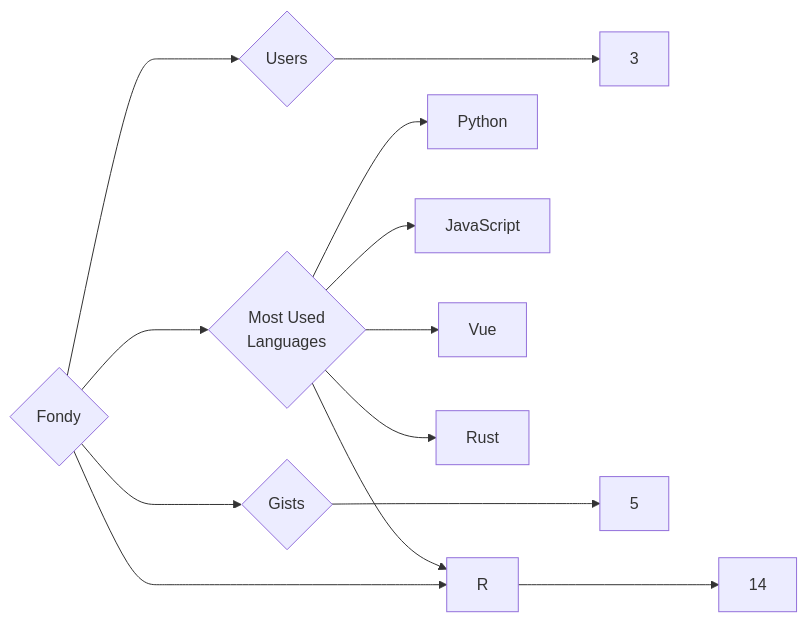
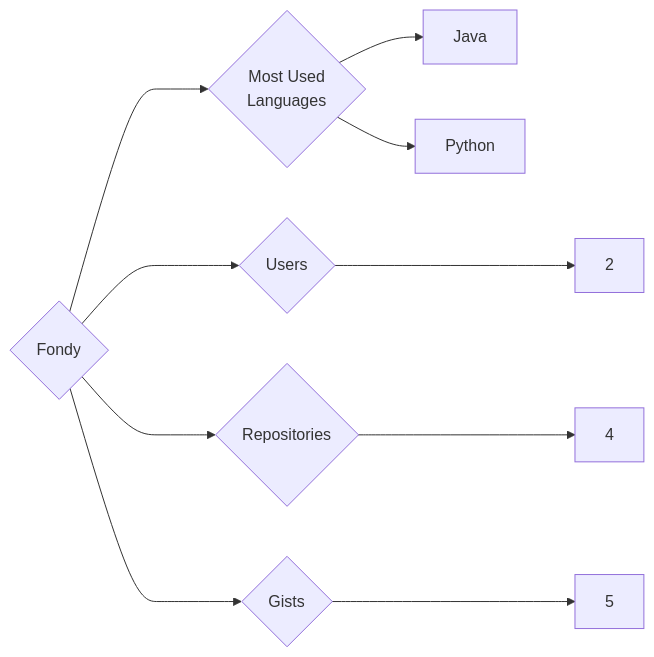
One commit to trickest/insiders changed the diagram in targets/Fondy/README.md. Above: the diagram before and after it, drawn with Mermaid. The commit also changed 750 other files, not shown here.

````diff
--- a/targets/Fondy/README.md
+++ b/targets/Fondy/README.md
@@ -3,13 +3,10 @@
 ```mermaid
 graph LR
 COMPANY_NAME{Fondy}
-COMPANY_NAME ---> U{Users} ---> UN[3]
-COMPANY_NAME ---> R{Repositories} ---> RN[14]
+COMPANY_NAME ---> U{Users} ---> UN[2]
+COMPANY_NAME ---> R{Repositories} ---> RN[4]
 COMPANY_NAME ---> G{Gists} ---> GN[5]
 COMPANY_NAME ---> ML{Most Used<br>Languages}
+ML --> Java[Java]
 ML --> Python[Python]
-ML --> JavaScript[JavaScript]
-ML --> Vue[Vue]
-ML --> Rust[Rust]
-ML --> R[R]
 ```
````
